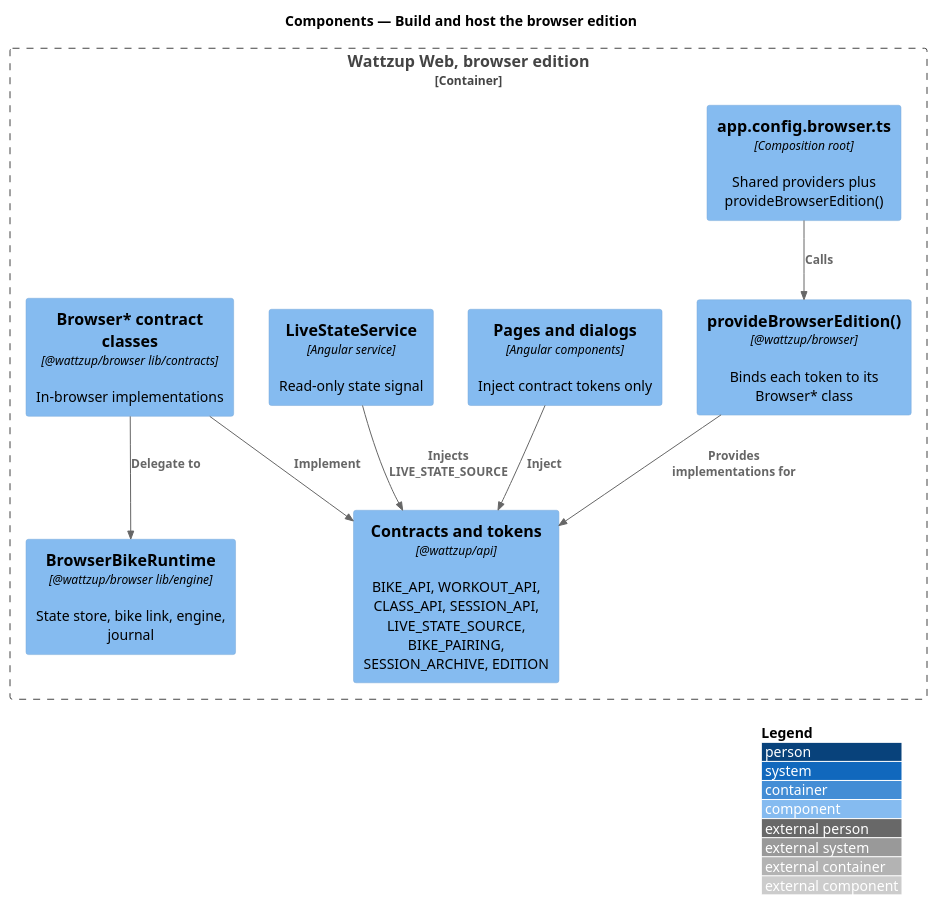
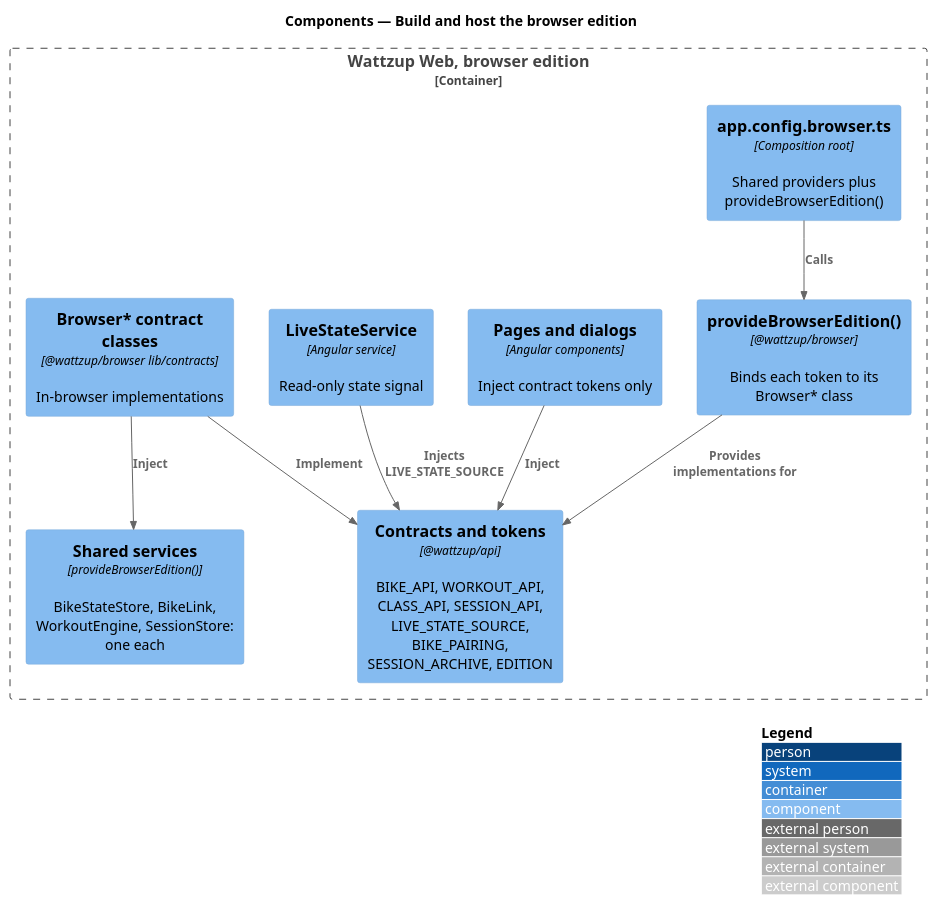
Before and after one commit to QuinntyneBrown/ride-one: the diagram in docs/detailed-designs/browser-edition/build-and-host/diagrams/c4-component.puml, drawn with PlantUML. The commit also changed 14 other files, not shown here.

First line of the commit message:
Align the browser-edition designs with the code

```diff
--- a/docs/detailed-designs/browser-edition/build-and-host/diagrams/c4-component.puml
+++ b/docs/detailed-designs/browser-edition/build-and-host/diagrams/c4-component.puml
@@ -1,22 +1,22 @@
 @startuml
 !include <C4/C4_Component>
 LAYOUT_WITH_LEGEND()
 title Components — Build and host the browser edition
 
 Container_Boundary(app, "Wattzup Web, browser edition") {
   Component(root, "app.config.browser.ts", "Composition root", "Shared providers plus provideBrowserEdition()")
   Component(screens, "Pages and dialogs", "Angular components", "Inject contract tokens only")
   Component(live, "LiveStateService", "Angular service", "Read-only state signal")
   Component(tokens, "Contracts and tokens", "@wattzup/api", "BIKE_API, WORKOUT_API, CLASS_API, SESSION_API, LIVE_STATE_SOURCE, BIKE_PAIRING, SESSION_ARCHIVE, EDITION")
   Component(provide, "provideBrowserEdition()", "@wattzup/browser", "Binds each token to its Browser* class")
   Component(impls, "Browser* contract classes", "@wattzup/browser lib/contracts", "In-browser implementations")
-  Component(runtime, "BrowserBikeRuntime", "@wattzup/browser lib/engine", "State store, bike link, engine, journal")
+  Component(runtime, "Shared services", "provideBrowserEdition()", "BikeStateStore, BikeLink, WorkoutEngine, SessionStore: one each")
 }
 
 Rel(root, provide, "Calls")
 Rel(provide, tokens, "Provides implementations for")
 Rel(screens, tokens, "Inject")
 Rel(live, tokens, "Injects LIVE_STATE_SOURCE")
 Rel(impls, tokens, "Implement")
-Rel(impls, runtime, "Delegate to")
+Rel(impls, runtime, "Inject")
 @enduml
```
